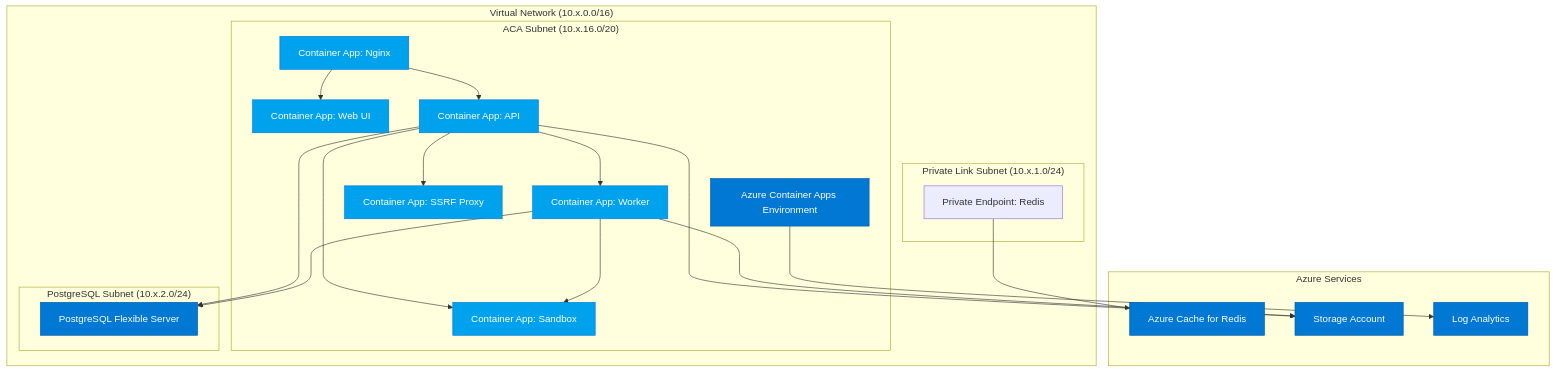
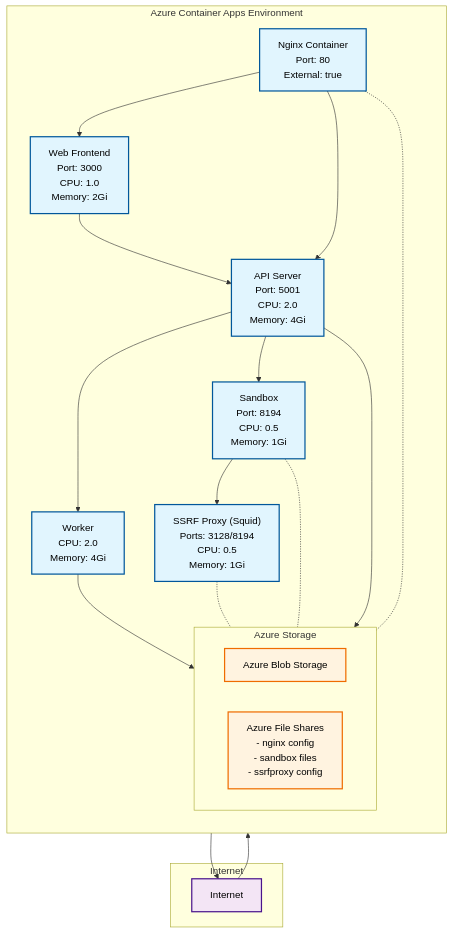
One commit to takayanagishinnosuke/cdktf-dify-on-azure changed the diagram in README.md. Above: the diagram before and after it, drawn with Mermaid. The commit also changed other lines of this file and 1 other file, not shown here.

Commit message:
[modify] README.md

````diff
--- a/README.md
+++ b/README.md
@@ -7,58 +36,75 @@
 ```mermaid
-graph TB
-    subgraph "Virtual Network (10.x.0.0/16)"
-        subgraph "ACA Subnet (10.x.16.0/20)"
-            ACA[Azure Container Apps Environment]
-            nginx[Container App: Nginx]
-            web[Container App: Web UI]
-            api[Container App: API]
-            worker[Container App: Worker]
-            sandbox[Container App: Sandbox]
-            ssrfproxy[Container App: SSRF Proxy]
-        end
+flowchart TD
+subgraph Azure["Azure Container Apps Environment"]
+direction TB
 
-        subgraph "Private Link Subnet (10.x.1.0/24)"
-            PE_REDIS[Private Endpoint: Redis]
-        end
+        nginx["Nginx Container
+        Port: 80
+        External: true"]
 
-        subgraph "PostgreSQL Subnet (10.x.2.0/24)"
-            PSQL[PostgreSQL Flexible Server]
+        web["Web Frontend
+        Port: 3000
+        CPU: 1.0
+        Memory: 2Gi"]
+
+        api["API Server
+        Port: 5001
+        CPU: 2.0
+        Memory: 4Gi"]
+
+        worker["Worker
+        CPU: 2.0
+        Memory: 4Gi"]
+
+        sandbox["Sandbox
+        Port: 8194
+        CPU: 0.5
+        Memory: 1Gi"]
+
+        ssrfproxy["SSRF Proxy (Squid)
+        Ports: 3128/8194
+        CPU: 0.5
+        Memory: 1Gi"]
+
+        subgraph Storage["Azure Storage"]
+            direction LR
+            blob["Azure Blob Storage"]
+            files["Azure File Shares
+            - nginx config
+            - sandbox files
+            - ssrfproxy config"]
         end
     end
 
-    subgraph "Azure Services"
-        REDIS[Azure Cache for Redis]
-        SA[Storage Account]
-        LA[Log Analytics]
+    subgraph External["Internet"]
+        internet["Internet"]
     end
 
-    %% Container Apps の内部通信
+    %% External connections
+    internet --> nginx
+    nginx --> web
     nginx --> api
-    nginx --> web
+
+    %% Internal connections
+    web --> api
     api --> worker
     api --> sandbox
-    api --> ssrfproxy
-    worker --> sandbox
+    sandbox --> ssrfproxy
+    ssrfproxy --> internet
 
-    %% Private Endpoint 接続
-    PE_REDIS --> REDIS
+    %% Storage connections
+    api --> blob
+    worker --> blob
+    nginx -.- files
+    sandbox -.- files
+    ssrfproxy -.- files
 
-    %% データベースとストレージの接続
-    api --> PSQL
-    worker --> PSQL
-    api --> SA
-    worker --> SA
+    %% Styling
+    classDef container fill:#e1f5fe,stroke:#01579b,stroke-width:2px,color:black
+    classDef storage fill:#fff3e0,stroke:#ef6c00,stroke-width:2px,color:black
+    classDef external fill:#f3e5f5,stroke:#4a148c,stroke-width:2px,color:black
 
-    %% 監視とログ
-    ACA --> LA
-
-    %% スタイル定義
-    classDef azure fill:#0078D4,stroke:#005A9E,color:white
-    classDef subnet fill:#D4D4D4,stroke:#BFBFBF
-    classDef container fill:#00A2ED,stroke:#0078D4,color:white
-
-    %% スタイルの適用
-    class REDIS,SA,LA,PSQL azure
-    class ACA azure
     class nginx,web,api,worker,sandbox,ssrfproxy container
+    class blob,files storage
+    class postgres,redis,internet external
 ```
````
